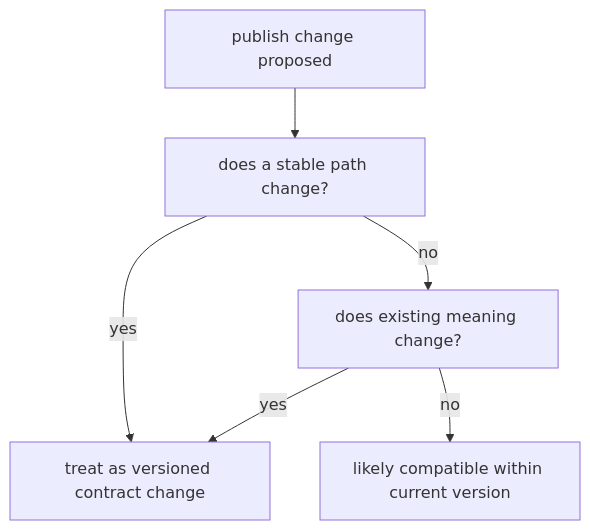
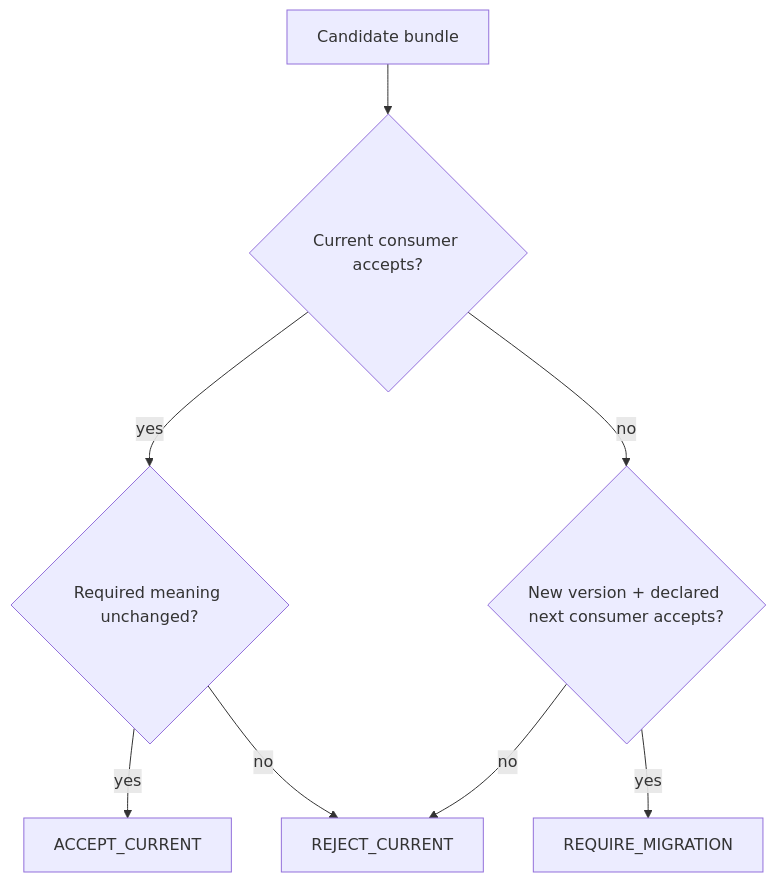
The first of 2 diagrams in programs/reproducible-research/deep-dive-snakemake/course-book/module-06-publishing-downstream-contracts/versioned-publish-boundaries-and-compatible-change.md (bijux/bijux-masterclass), drawn with Mermaid before and after one commit. The commit also changed other lines of this file, not shown here.

Commit message:
docs(snakemake): classify change through consumer contracts

````diff
--- a/programs/reproducible-research/deep-dive-snakemake/course-book/module-06-publishing-downstream-contracts/versioned-publish-boundaries-and-compatible-change.md
+++ b/programs/reproducible-research/deep-dive-snakemake/course-book/module-06-publishing-downstream-contracts/versioned-publish-boundaries-and-compatible-change.md
@@ -114,8 +35,10 @@
 ```mermaid
 flowchart TD
-  change["publish change proposed"] --> ask1["does a stable path change?"]
-  ask1 -->|yes| version["treat as versioned contract change"]
-  ask1 -->|no| ask2["does existing meaning change?"]
-  ask2 -->|yes| version
-  ask2 -->|no| compat["likely compatible within current version"]
+  candidate["Candidate bundle"] --> old{"Current consumer accepts?"}
+  old -->|yes| meaning{"Required meaning unchanged?"}
+  meaning -->|yes| current["ACCEPT_CURRENT"]
+  meaning -->|no| reject["REJECT_CURRENT"]
+  old -->|no| next{"New version + declared next consumer accepts?"}
+  next -->|yes| migrate["REQUIRE_MIGRATION"]
+  next -->|no| reject
 ```
````
